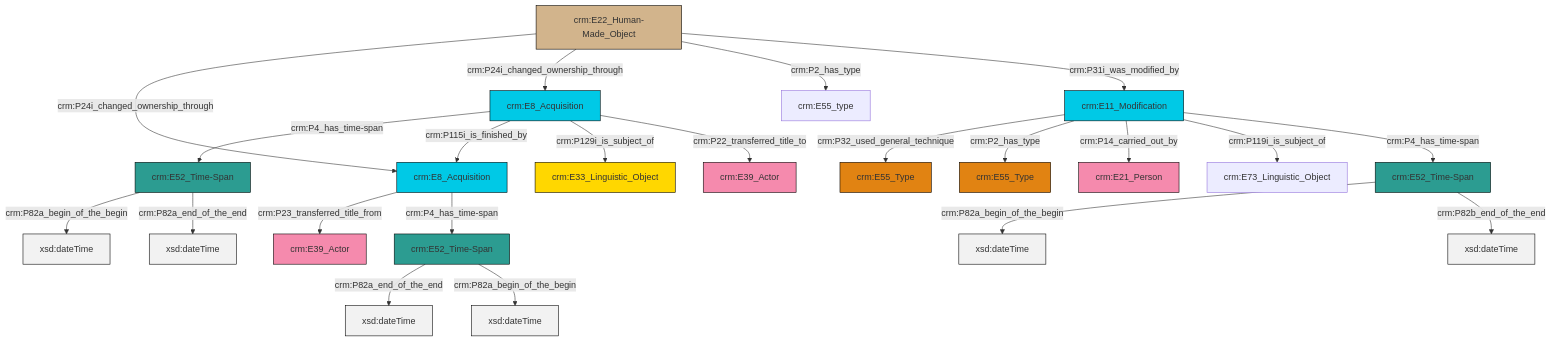
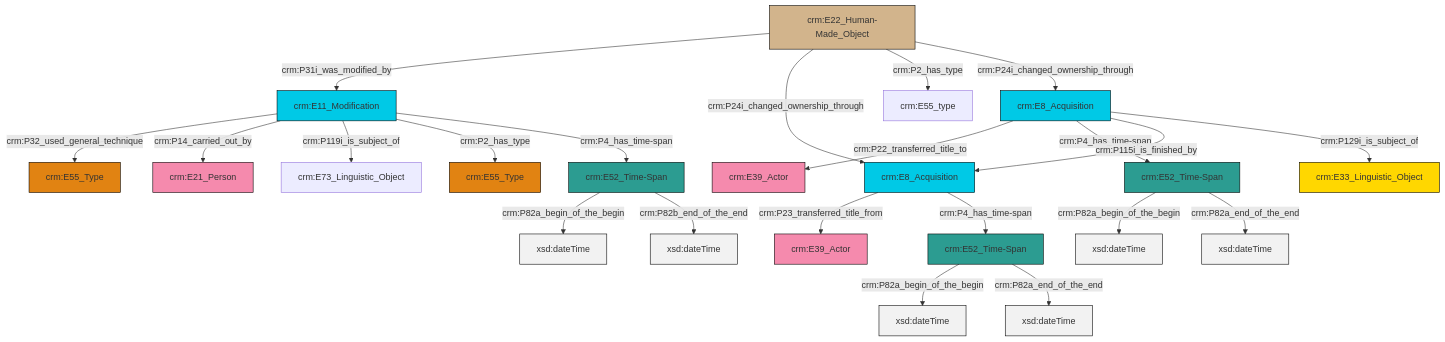
The diagram in et/artworkCSV/ttl/mmd/Artwork_Events.ttl.mmd (swiss-art-research-net/reference-data-models), drawn with Mermaid before and after one commit. The commit also changed 126 other files, not shown here.

```diff
--- a/et/artworkCSV/ttl/mmd/Artwork_Events.ttl.mmd
+++ b/et/artworkCSV/ttl/mmd/Artwork_Events.ttl.mmd
@@ -1,36 +1,36 @@
 graph TD
 classDef Literal fill:#f2f2f2,stroke:#000000;
 classDef CRM_Entity fill:#FFFFFF,stroke:#000000;
 classDef Temporal_Entity fill:#00C9E6, stroke:#000000;
 classDef Type fill:#E18312, stroke:#000000;
 classDef Time-Span fill:#2C9C91, stroke:#000000;
 classDef Appellation fill:#FFEB7F, stroke:#000000;
 classDef Place fill:#008836, stroke:#000000;
 classDef Persistent_Item fill:#B266B2, stroke:#000000;
 classDef Conceptual_Object fill:#FFD700, stroke:#000000;
 classDef Physical_Thing fill:#D2B48C, stroke:#000000;
 classDef Actor fill:#f58aad, stroke:#000000;
 classDef PC_Classes fill:#4ce600, stroke:#000000;
 classDef Multi fill:#cccccc,stroke:#000000;
 
-2["crm:E11_Modification"]:::Temporal_Entity -->|crm:P32_used_general_technique| 3["crm:E55_Type"]:::Type
-4["crm:E8_Acquisition"]:::Temporal_Entity -->|crm:P4_has_time-span| 5["crm:E52_Time-Span"]:::Time-Span
-6["crm:E52_Time-Span"]:::Time-Span -->|crm:P82a_begin_of_the_begin| 7[xsd:dateTime]:::Literal
-12["crm:E8_Acquisition"]:::Temporal_Entity -->|crm:P23_transferred_title_from| 8["crm:E39_Actor"]:::Actor
-19["crm:E52_Time-Span"]:::Time-Span -->|crm:P82a_end_of_the_end| 20[xsd:dateTime]:::Literal
-2["crm:E11_Modification"]:::Temporal_Entity -->|crm:P2_has_type| 21["crm:E55_Type"]:::Type
-22["crm:E22_Human-Made_Object"]:::Physical_Thing -->|crm:P24i_changed_ownership_through| 12["crm:E8_Acquisition"]:::Temporal_Entity
-4["crm:E8_Acquisition"]:::Temporal_Entity -->|crm:P115i_is_finished_by| 12["crm:E8_Acquisition"]:::Temporal_Entity
-2["crm:E11_Modification"]:::Temporal_Entity -->|crm:P14_carried_out_by| 17["crm:E21_Person"]:::Actor
-5["crm:E52_Time-Span"]:::Time-Span -->|crm:P82a_begin_of_the_begin| 24[xsd:dateTime]:::Literal
-22["crm:E22_Human-Made_Object"]:::Physical_Thing -->|crm:P24i_changed_ownership_through| 4["crm:E8_Acquisition"]:::Temporal_Entity
-22["crm:E22_Human-Made_Object"]:::Physical_Thing -->|crm:P2_has_type| 0["crm:E55_type"]:::Default
-2["crm:E11_Modification"]:::Temporal_Entity -->|crm:P119i_is_subject_of| 26["crm:E73_Linguistic_Object"]:::Default
-5["crm:E52_Time-Span"]:::Time-Span -->|crm:P82a_end_of_the_end| 27[xsd:dateTime]:::Literal
-4["crm:E8_Acquisition"]:::Temporal_Entity -->|crm:P129i_is_subject_of| 14["crm:E33_Linguistic_Object"]:::Conceptual_Object
-19["crm:E52_Time-Span"]:::Time-Span -->|crm:P82a_begin_of_the_begin| 30[xsd:dateTime]:::Literal
-4["crm:E8_Acquisition"]:::Temporal_Entity -->|crm:P22_transferred_title_to| 10["crm:E39_Actor"]:::Actor
-22["crm:E22_Human-Made_Object"]:::Physical_Thing -->|crm:P31i_was_modified_by| 2["crm:E11_Modification"]:::Temporal_Entity
-6["crm:E52_Time-Span"]:::Time-Span -->|crm:P82b_end_of_the_end| 32[xsd:dateTime]:::Literal
-12["crm:E8_Acquisition"]:::Temporal_Entity -->|crm:P4_has_time-span| 19["crm:E52_Time-Span"]:::Time-Span
-2["crm:E11_Modification"]:::Temporal_Entity -->|crm:P4_has_time-span| 6["crm:E52_Time-Span"]:::Time-Span
+0["crm:E22_Human-Made_Object"]:::Physical_Thing -->|crm:P31i_was_modified_by| 1["crm:E11_Modification"]:::Temporal_Entity
+7["crm:E8_Acquisition"]:::Temporal_Entity -->|crm:P23_transferred_title_from| 8["crm:E39_Actor"]:::Actor
+11["crm:E8_Acquisition"]:::Temporal_Entity -->|crm:P22_transferred_title_to| 12["crm:E39_Actor"]:::Actor
+9["crm:E52_Time-Span"]:::Time-Span -->|crm:P82a_begin_of_the_begin| 13[xsd:dateTime]:::Literal
+9["crm:E52_Time-Span"]:::Time-Span -->|crm:P82a_end_of_the_end| 14[xsd:dateTime]:::Literal
+1["crm:E11_Modification"]:::Temporal_Entity -->|crm:P32_used_general_technique| 15["crm:E55_Type"]:::Type
+1["crm:E11_Modification"]:::Temporal_Entity -->|crm:P14_carried_out_by| 16["crm:E21_Person"]:::Actor
+0["crm:E22_Human-Made_Object"]:::Physical_Thing -->|crm:P24i_changed_ownership_through| 7["crm:E8_Acquisition"]:::Temporal_Entity
+22["crm:E52_Time-Span"]:::Time-Span -->|crm:P82a_begin_of_the_begin| 23[xsd:dateTime]:::Literal
+0["crm:E22_Human-Made_Object"]:::Physical_Thing -->|crm:P2_has_type| 24["crm:E55_type"]:::Default
+1["crm:E11_Modification"]:::Temporal_Entity -->|crm:P119i_is_subject_of| 19["crm:E73_Linguistic_Object"]:::Default
+4["crm:E52_Time-Span"]:::Time-Span -->|crm:P82a_begin_of_the_begin| 26[xsd:dateTime]:::Literal
+22["crm:E52_Time-Span"]:::Time-Span -->|crm:P82a_end_of_the_end| 27[xsd:dateTime]:::Literal
+11["crm:E8_Acquisition"]:::Temporal_Entity -->|crm:P4_has_time-span| 22["crm:E52_Time-Span"]:::Time-Span
+1["crm:E11_Modification"]:::Temporal_Entity -->|crm:P2_has_type| 2["crm:E55_Type"]:::Type
+4["crm:E52_Time-Span"]:::Time-Span -->|crm:P82b_end_of_the_end| 30[xsd:dateTime]:::Literal
+11["crm:E8_Acquisition"]:::Temporal_Entity -->|crm:P115i_is_finished_by| 7["crm:E8_Acquisition"]:::Temporal_Entity
+7["crm:E8_Acquisition"]:::Temporal_Entity -->|crm:P4_has_time-span| 9["crm:E52_Time-Span"]:::Time-Span
+0["crm:E22_Human-Made_Object"]:::Physical_Thing -->|crm:P24i_changed_ownership_through| 11["crm:E8_Acquisition"]:::Temporal_Entity
+1["crm:E11_Modification"]:::Temporal_Entity -->|crm:P4_has_time-span| 4["crm:E52_Time-Span"]:::Time-Span
+11["crm:E8_Acquisition"]:::Temporal_Entity -->|crm:P129i_is_subject_of| 17["crm:E33_Linguistic_Object"]:::Conceptual_Object
```
